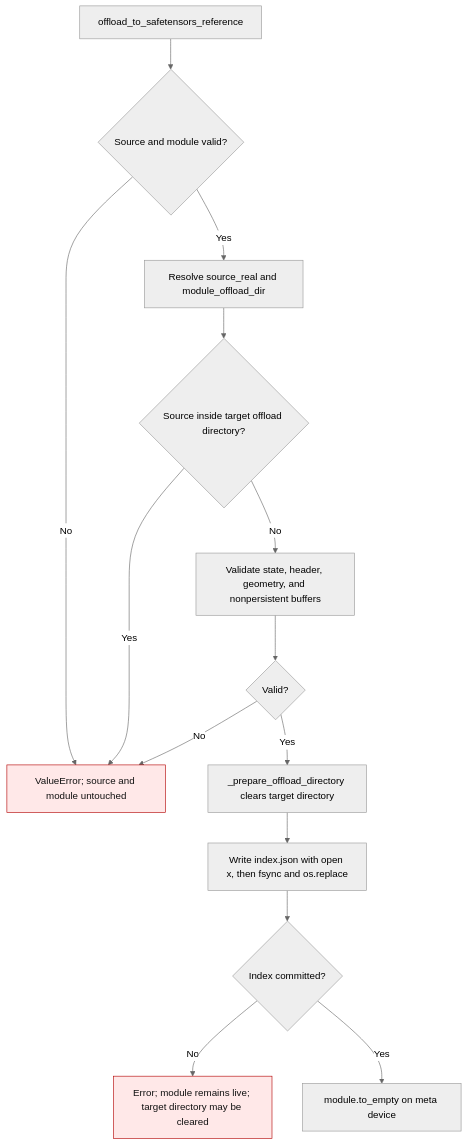
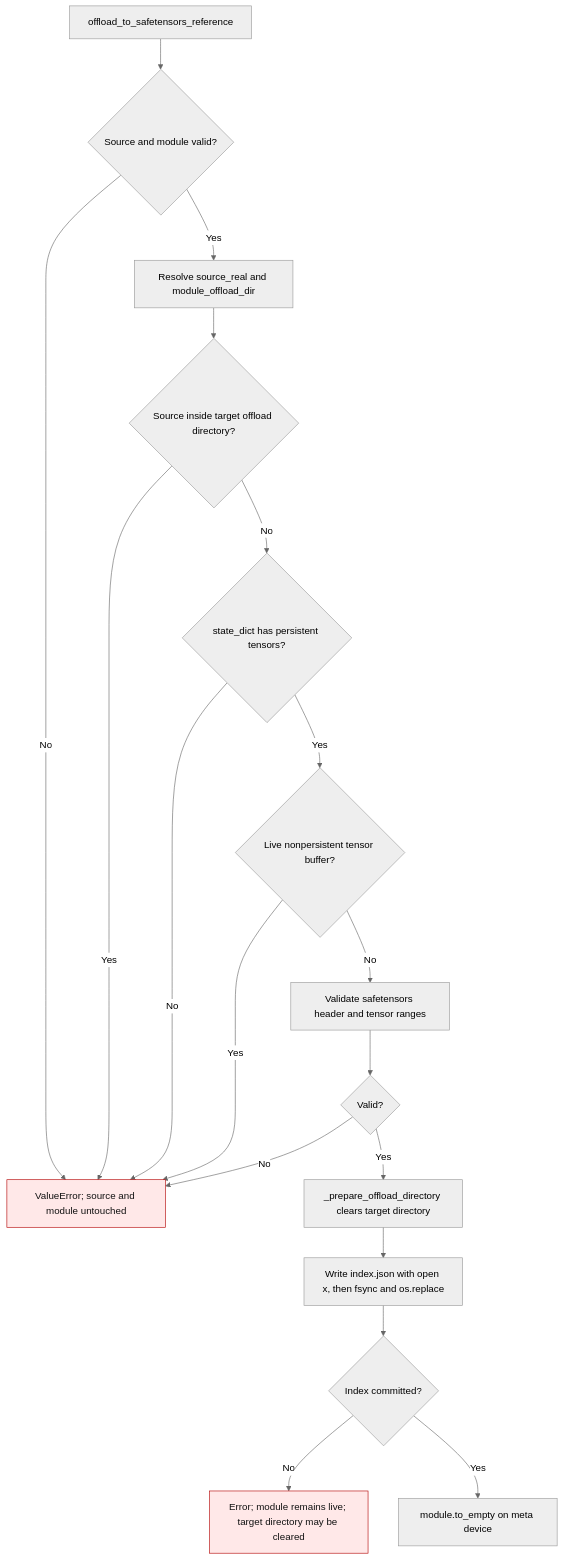
The first of 2 diagrams in docs/safetensors-reference-offload.md (ModelCloud/GPTQModel), drawn with Mermaid (neutral theme) before and after one commit. The commit also changed other lines of this file and 2 other files, not shown here.

Commit message:
fix(offload): allow absent optional buffers in reference offload

````diff
--- a/docs/safetensors-reference-offload.md
+++ b/docs/safetensors-reference-offload.md
@@ -22,18 +26,22 @@
 ```mermaid
 flowchart TD
     A["offload_to_safetensors_reference"] --> B{"Source and module valid?"}
     B -- No --> X["ValueError; source and module untouched"]
     B -- Yes --> C["Resolve source_real and module_offload_dir"]
     C --> D{"Source inside target offload directory?"}
     D -- Yes --> X
-    D -- No --> E["Validate state, header, geometry, and nonpersistent buffers"]
-    E --> F{"Valid?"}
-    F -- No --> X
-    F -- Yes --> G["_prepare_offload_directory clears target directory"]
-    G --> H["Write index.json with open x, then fsync and os.replace"]
-    H --> I{"Index committed?"}
-    I -- No --> Y["Error; module remains live; target directory may be cleared"]
-    I -- Yes --> J["module.to_empty on meta device"]
+    D -- No --> E{"state_dict has persistent tensors?"}
+    E -- No --> X
+    E -- Yes --> F{"Live nonpersistent tensor buffer?"}
+    F -- Yes --> X
+    F -- No --> G["Validate safetensors header and tensor ranges"]
+    G --> H{"Valid?"}
+    H -- No --> X
+    H -- Yes --> I["_prepare_offload_directory clears target directory"]
+    I --> J["Write index.json with open x, then fsync and os.replace"]
+    J --> K{"Index committed?"}
+    K -- No --> Y["Error; module remains live; target directory may be cleared"]
+    K -- Yes --> L["module.to_empty on meta device"]
     classDef failure fill:#ffe8e8,stroke:#b30000,color:#111;
     class X,Y failure;
 ```
````
